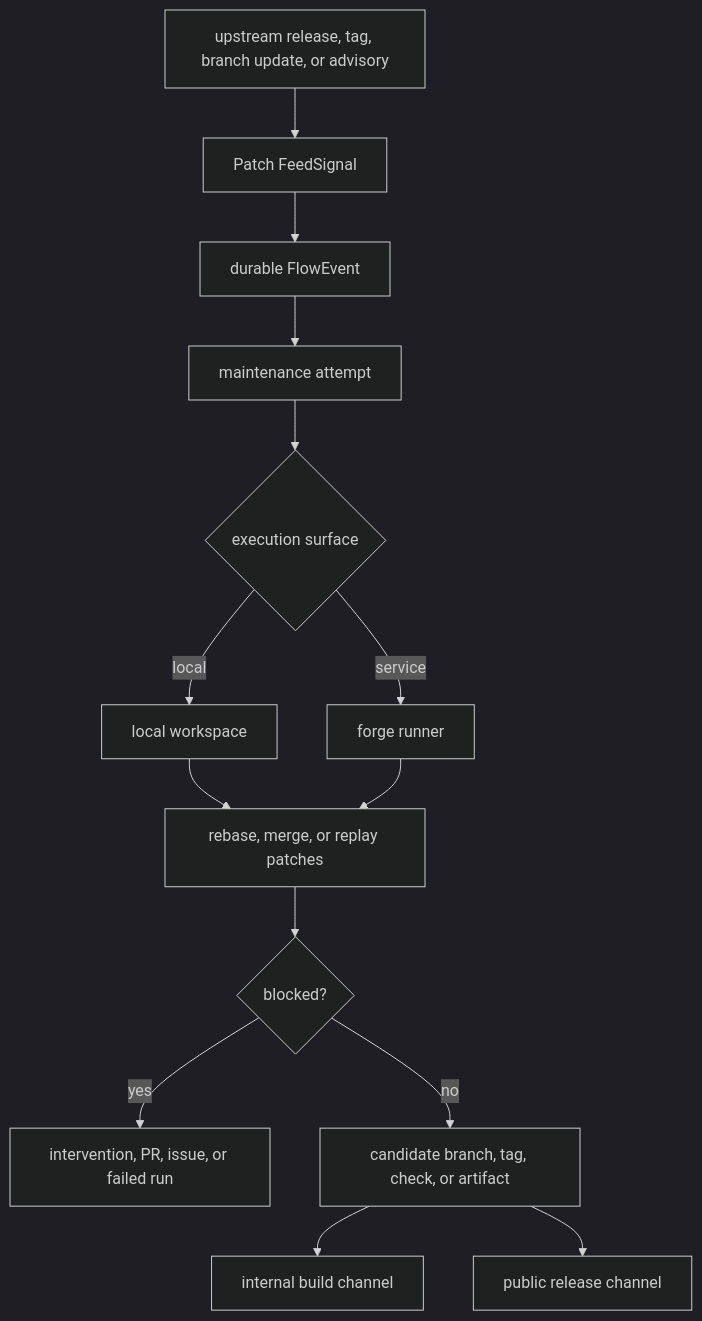
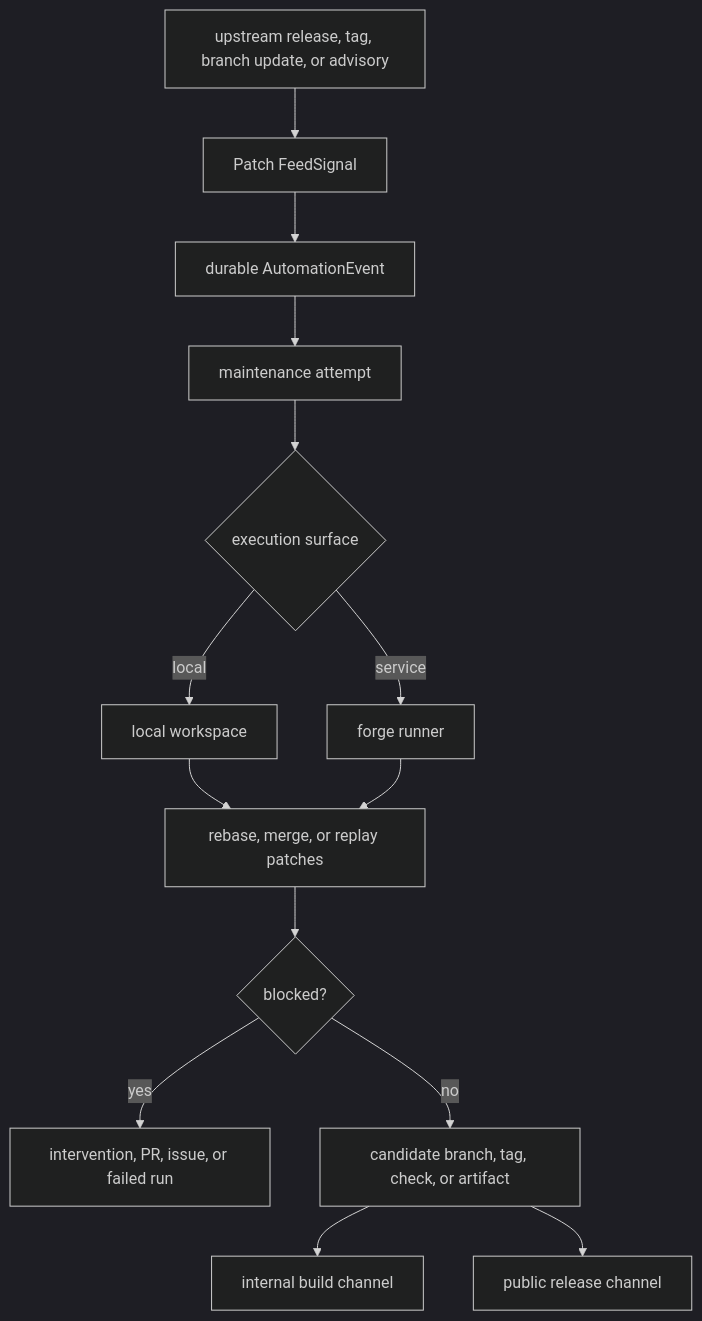
The diagram in docs/pages/concepts/architecture.md (peezy-tech/patch.moi), drawn with Mermaid (dark theme) before and after one commit. The commit also changed other lines of this file and 38 other files, not shown here.

Commit message:
automation: replace flow dispatch surface

````diff
--- a/docs/pages/concepts/architecture.md
+++ b/docs/pages/concepts/architecture.md
@@ -20,16 +20,16 @@
 ```mermaid
 flowchart TD
   A["upstream release, tag, branch update, or advisory"] --> B["Patch FeedSignal"]
-  B --> C["durable FlowEvent"]
+  B --> C["durable AutomationEvent"]
   C --> D["maintenance attempt"]
   D --> E{"execution surface"}
   E -- local --> F["local workspace"]
   E -- service --> G["forge runner"]
   F --> H["rebase, merge, or replay patches"]
   G --> H
   H --> I{"blocked?"}
   I -- yes --> J["intervention, PR, issue, or failed run"]
   I -- no --> K["candidate branch, tag, check, or artifact"]
   K --> L["internal build channel"]
   K --> M["public release channel"]
 ```
````
